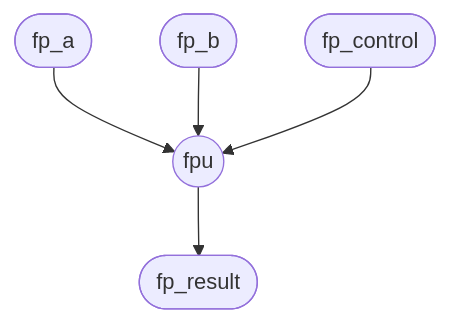
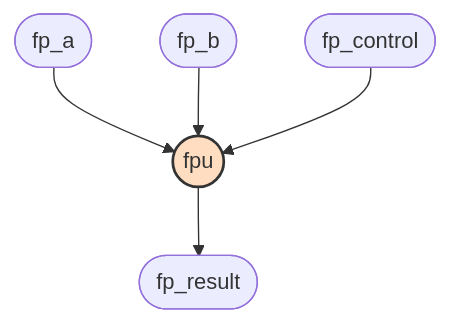
One commit to granitespinoza/arqui changed the diagram in docs/module_diagrams/fpu.md. Above: the diagram before and after it, drawn with Mermaid. The commit also changed 18 other files, not shown here.

Commit message:
Improve module diagrams with colors

````diff
--- a/docs/module_diagrams/fpu.md
+++ b/docs/module_diagrams/fpu.md
@@ -3,7 +3,10 @@
 ```mermaid
 flowchart TD
+    classDef main fill:#FFDDC1,stroke:#333,stroke-width:2px
+    classDef sub fill:#BBE1FA,stroke:#333
     fp_a([fp_a]) --> fpu_module((fpu))
     fp_b([fp_b]) --> fpu_module
     fp_control([fp_control]) --> fpu_module
     fpu_module --> fp_result([fp_result])
+    class fpu_module main
 ```
````
